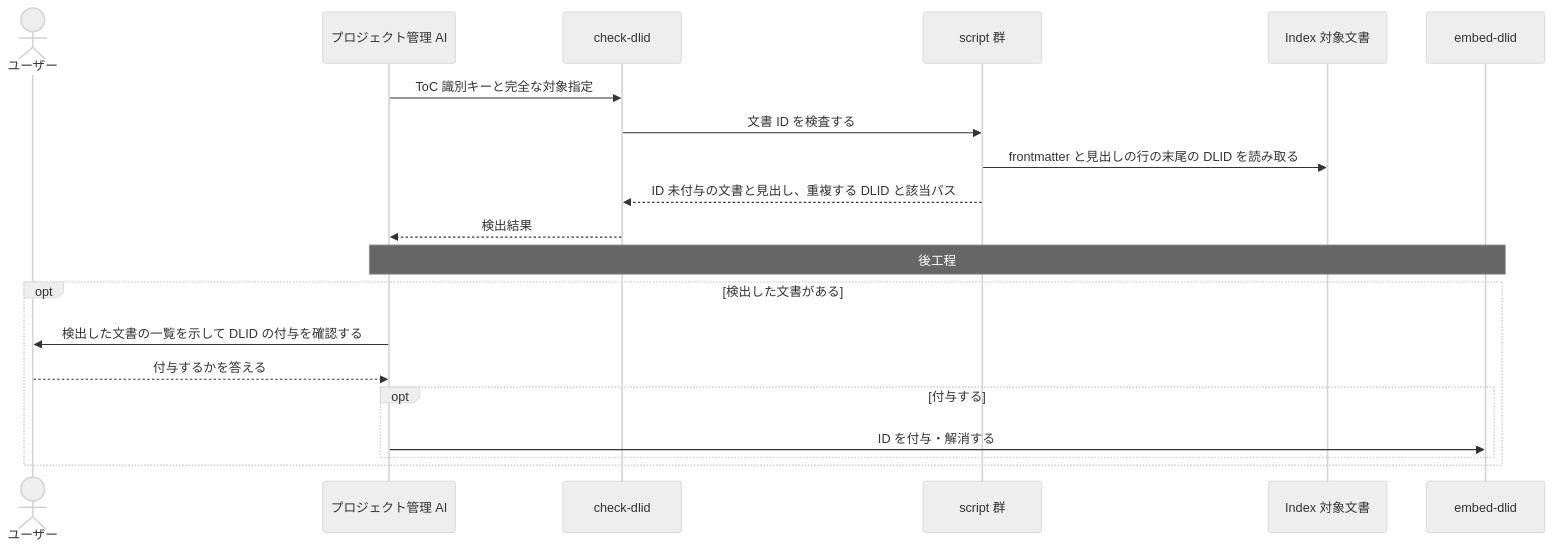
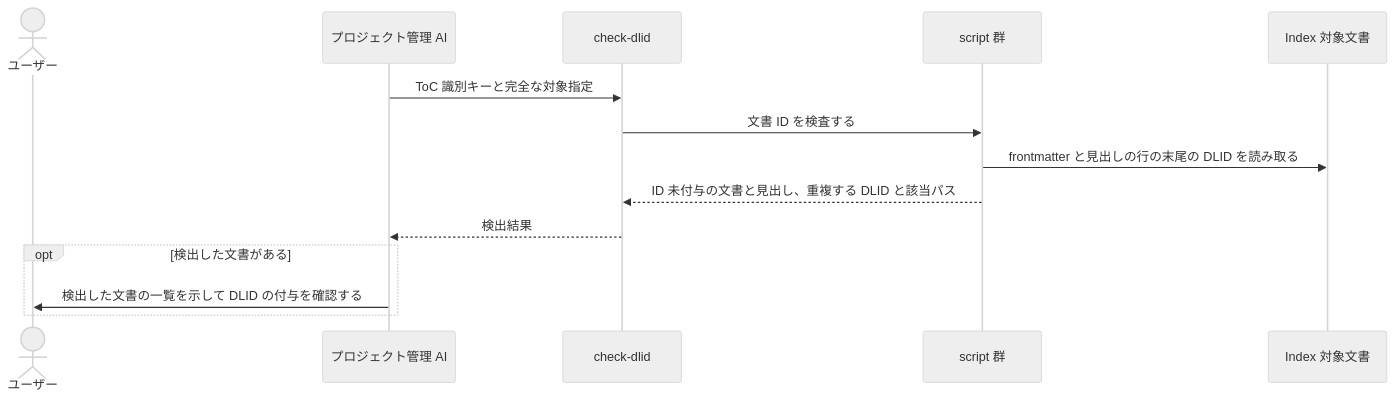
One commit to BlueEventHorizon/doc-link changed the fifth of 10 diagrams in docs/specs/design/DES-010_skill-composition.md. Above: the diagram before and after it, drawn with Mermaid (neutral theme). The commit also changed other lines of this file and 30 other files, not shown here.

````diff
--- a/docs/specs/design/DES-010_skill-composition.md
+++ b/docs/specs/design/DES-010_skill-composition.md
@@ -264,23 +250,17 @@
 ```mermaid
 sequenceDiagram
     actor User as ユーザー
     participant PM as プロジェクト管理 AI
     participant Skill as check-dlid
     participant Scripts as script 群
     participant Docs as Index 対象文書
-    participant Embed as embed-dlid
 
     PM->>Skill: ToC 識別キーと完全な対象指定
     Skill->>Scripts: 文書 ID を検査する
     Scripts->>Docs: frontmatter と見出しの行の末尾の DLID を読み取る
     Scripts-->>Skill: ID 未付与の文書と見出し、重複する DLID と該当パス
     Skill-->>PM: 検出結果
-    Note over PM,Embed: 後工程
     opt 検出した文書がある
         PM->>User: 検出した文書の一覧を示して DLID の付与を確認する
-        User-->>PM: 付与するかを答える
-        opt 付与する
-            PM->>Embed: ID を付与・解消する
-        end
     end
 ```
````
